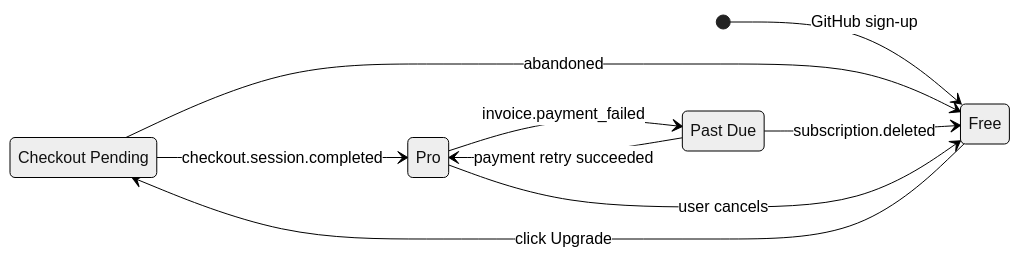
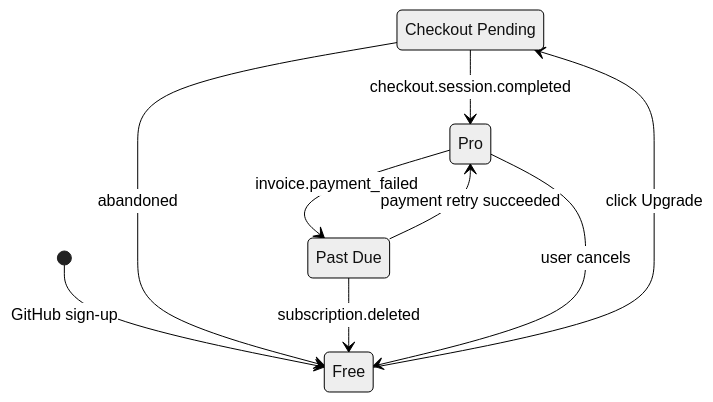
One commit to JohnJohnW/audittrail-dev changed the eighth of 16 diagrams in README.md. Above: the diagram before and after it, drawn with Mermaid (neutral theme). The commit also changed other lines of this file, not shown here.

First line of the commit message:
fix: correct three mermaid diagram rendering issues in README

````diff
--- a/README.md
+++ b/README.md
@@ -386,18 +385,17 @@
 ```mermaid
 stateDiagram-v2
-    direction LR
     state "Checkout Pending" as Checkout
     state "Past Due" as PastDue
 
     [*] --> Free : GitHub sign-up
 
     Free --> Checkout : click Upgrade
     Checkout --> Free : abandoned
     Checkout --> Pro : checkout.session.completed
 
     Pro --> PastDue : invoice.payment_failed
     PastDue --> Pro : payment retry succeeded
     PastDue --> Free : subscription.deleted
 
     Pro --> Free : user cancels
 ```
````
